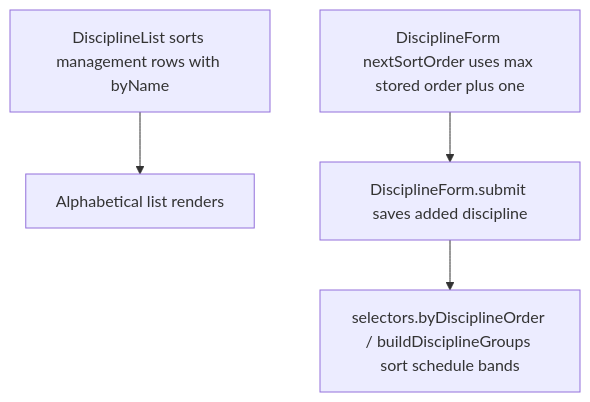
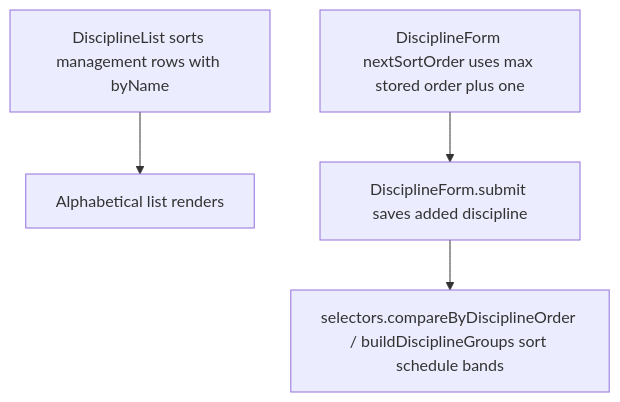
Before and after one commit to Kevinjohn/capacitylens: the second of 2 diagrams in user-stories/disciplines/US-DIS-04-sort-order.md, drawn with Mermaid. The commit also changed 97 other files, not shown here.

````diff
--- a/user-stories/disciplines/US-DIS-04-sort-order.md
+++ b/user-stories/disciplines/US-DIS-04-sort-order.md
@@ -27,7 +27,7 @@
 ```mermaid
 flowchart TD
   A["DisciplineList sorts management rows with byName"] --> B["Alphabetical list renders"]
   C["DisciplineForm nextSortOrder uses max stored order plus one"] --> D["DisciplineForm.submit saves added discipline"]
-  E["selectors.byDisciplineOrder / buildDisciplineGroups sort schedule bands"]
+  E["selectors.compareByDisciplineOrder / buildDisciplineGroups sort schedule bands"]
   D --> E
 ```
````
